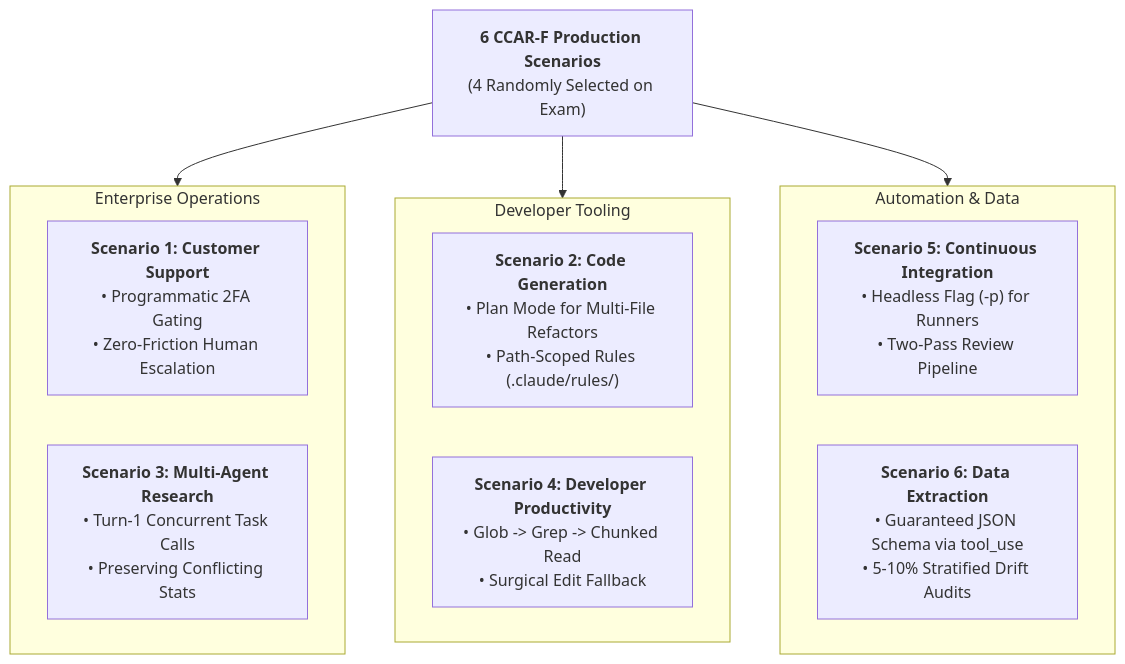
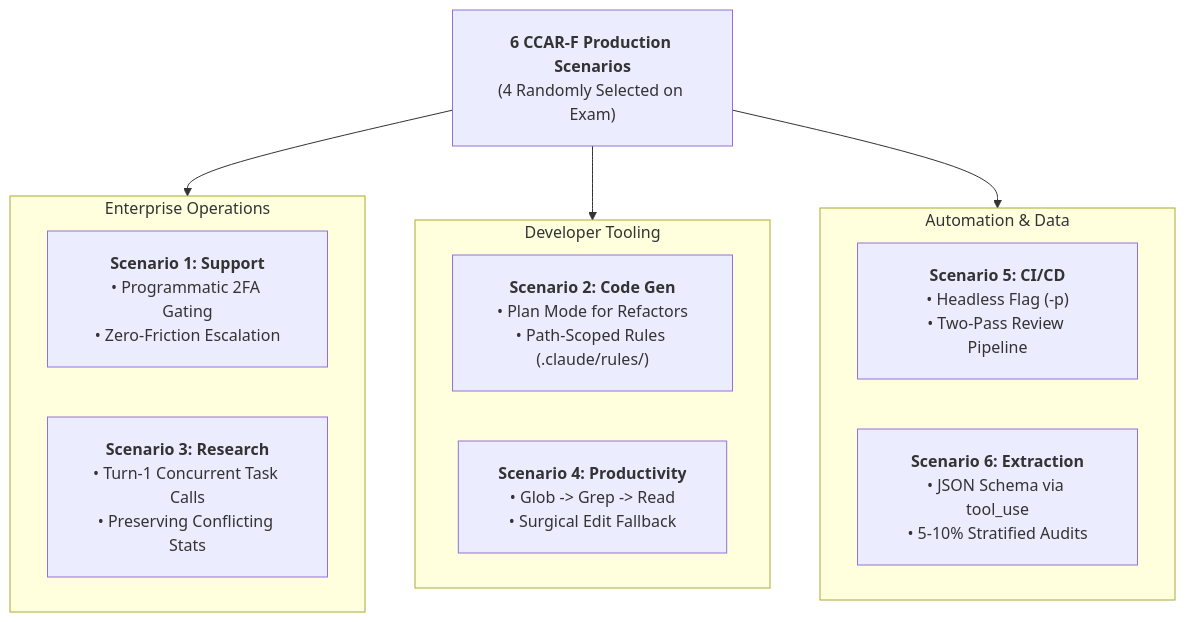
The diagram in scenarios/README.md (dip4k/claude_cert_architect_foundation_prep), drawn with Mermaid before and after one commit. The commit also changed 31 other files, not shown here.

First line of the commit message:
docs(diagrams): fix text trimming, padding, and layout in all mermaid diagrams

````diff
--- a/scenarios/README.md
+++ b/scenarios/README.md
@@ -16,23 +16,24 @@
 ```mermaid
+%%{init: {"flowchart": {"htmlLabels": true, "padding": 20}}}%%
 flowchart TD
     Scenarios["<b>6 CCAR-F Production Scenarios</b><br/>(4 Randomly Selected on Exam)"]
     
     subgraph Ops["Enterprise Operations"]
-        S1["<b>Scenario 1: Customer Support</b><br/>• Programmatic 2FA Gating<br/>• Zero-Friction Human Escalation"]
-        S3["<b>Scenario 3: Multi-Agent Research</b><br/>• Turn-1 Concurrent Task Calls<br/>• Preserving Conflicting Stats"]
+        S1["<b>Scenario 1: Support</b><br/>• Programmatic 2FA Gating<br/>• Zero-Friction Escalation"]
+        S3["<b>Scenario 3: Research</b><br/>• Turn-1 Concurrent Task Calls<br/>• Preserving Conflicting Stats"]
     end
 
     subgraph Dev["Developer Tooling"]
-        S2["<b>Scenario 2: Code Generation</b><br/>• Plan Mode for Multi-File Refactors<br/>• Path-Scoped Rules (.claude/rules/)"]
-        S4["<b>Scenario 4: Developer Productivity</b><br/>• Glob -> Grep -> Chunked Read<br/>• Surgical Edit Fallback"]
+        S2["<b>Scenario 2: Code Gen</b><br/>• Plan Mode for Refactors<br/>• Path-Scoped Rules (.claude/rules/)"]
+        S4["<b>Scenario 4: Productivity</b><br/>• Glob -> Grep -> Read<br/>• Surgical Edit Fallback"]
     end
 
     subgraph Auto["Automation & Data"]
-        S5["<b>Scenario 5: Continuous Integration</b><br/>• Headless Flag (-p) for Runners<br/>• Two-Pass Review Pipeline"]
-        S6["<b>Scenario 6: Data Extraction</b><br/>• Guaranteed JSON Schema via tool_use<br/>• 5-10% Stratified Drift Audits"]
+        S5["<b>Scenario 5: CI/CD</b><br/>• Headless Flag (-p)<br/>• Two-Pass Review Pipeline"]
+        S6["<b>Scenario 6: Extraction</b><br/>• JSON Schema via tool_use<br/>• 5-10% Stratified Audits"]
     end
 
     Scenarios --> Ops
     Scenarios --> Dev
     Scenarios --> Auto
 ```
````
